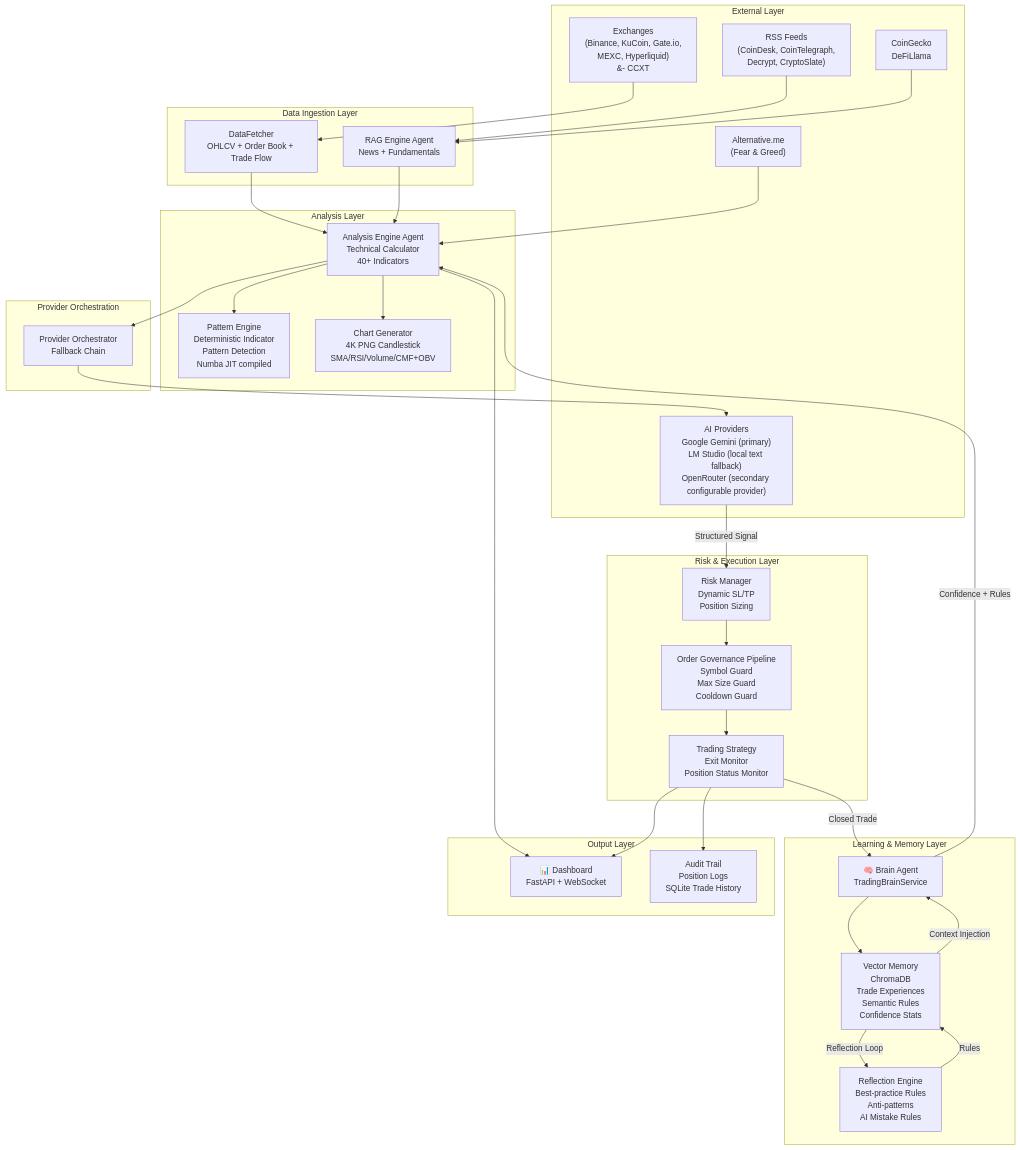
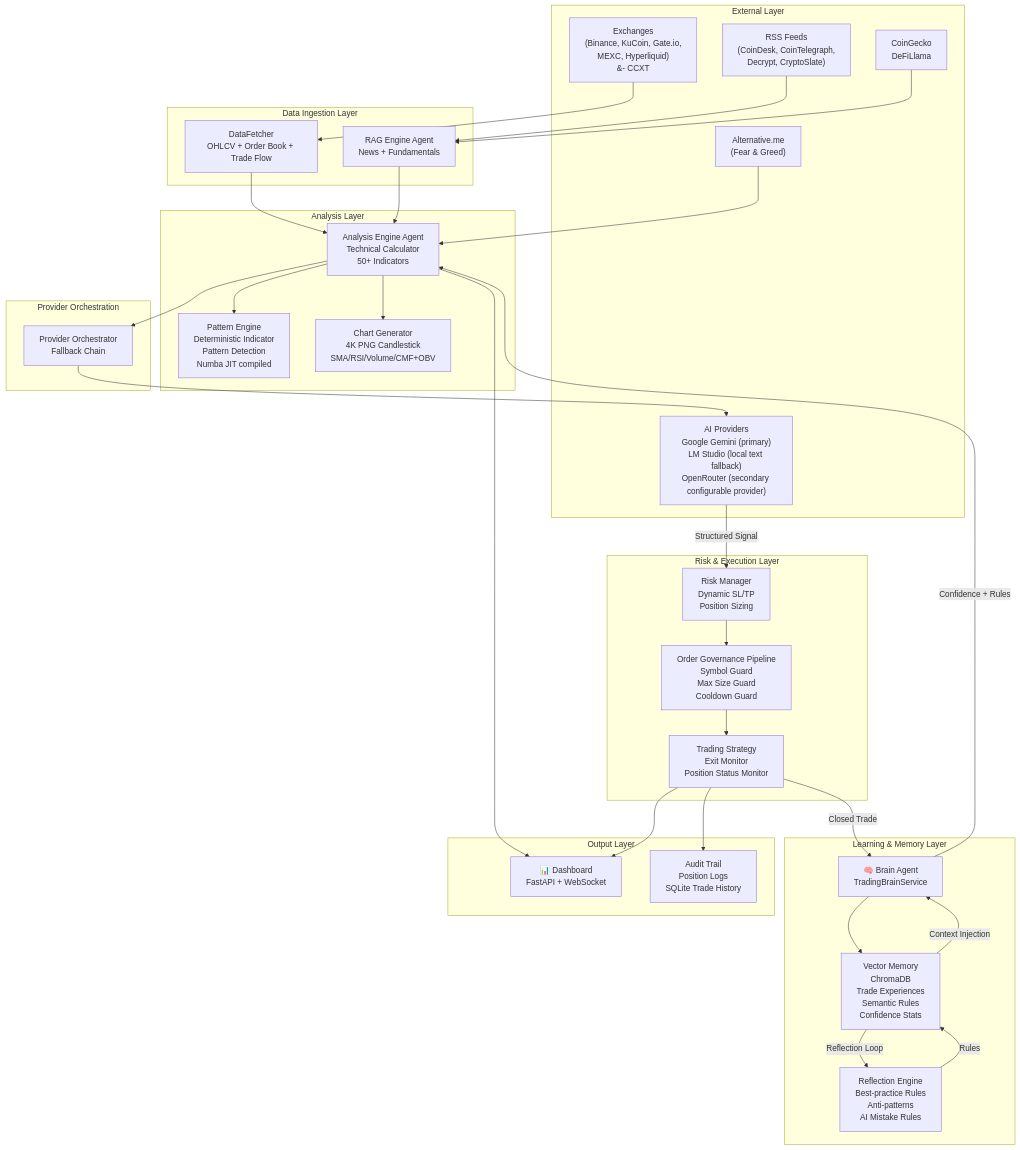
One commit to qrak/LLM_trader changed the diagram in AGENTS.md. Above: the diagram before and after it, drawn with Mermaid. The commit also changed other lines of this file and 24 other files, not shown here.

````diff
--- a/AGENTS.md
+++ b/AGENTS.md
@@ -24,70 +24,70 @@
 ```mermaid
 flowchart TB
     subgraph External["External Layer"]
         EX["Exchanges<br/>(Binance, KuCoin, Gate.io,<br/>MEXC, Hyperliquid)<br/>&#8209; CCXT"]
         CG["CoinGecko<br/>DeFiLlama"]
         ALT["Alternative.me<br/>(Fear & Greed)"]
         RSS["RSS Feeds<br/>(CoinDesk, CoinTelegraph,<br/>Decrypt, CryptoSlate)"]
         AI_PROV["AI Providers<br/>Google Gemini (primary)<br/>LM Studio (local text fallback)<br/>OpenRouter (secondary configurable provider)"]
     end
 
     subgraph DataIngestion["Data Ingestion Layer"]
         DF["DataFetcher<br/>OHLCV + Order Book + Trade Flow"]
         RAG["RAG Engine Agent<br/>News + Fundamentals"]
     end
 
     subgraph AnalysisLayer["Analysis Layer"]
-        TA["Analysis Engine Agent<br/>Technical Calculator<br/>40+ Indicators"]
+        TA["Analysis Engine Agent<br/>Technical Calculator<br/>50+ Indicators"]
         PE["Pattern Engine<br/>Deterministic Indicator<br/>Pattern Detection<br/>Numba JIT compiled"]
         CGEN["Chart Generator<br/>4K PNG Candlestick<br/>SMA/RSI/Volume/CMF+OBV"]
     end
 
     subgraph BrainLayer["Learning & Memory Layer"]
         BRAIN["🧠 Brain Agent<br/>TradingBrainService"]
         VM["Vector Memory<br/>ChromaDB<br/>Trade Experiences<br/>Semantic Rules<br/>Confidence Stats"]
         REFL["Reflection Engine<br/>Best‑practice Rules<br/>Anti‑patterns<br/>AI Mistake Rules"]
     end
 
     subgraph RiskLayer["Risk & Execution Layer"]
         RP["Risk Manager<br/>Dynamic SL/TP<br/>Position Sizing"]
         GP["Order Governance Pipeline<br/>Symbol Guard<br/>Max Size Guard<br/>Cooldown Guard"]
         STRAT["Trading Strategy<br/>Exit Monitor<br/>Position Status Monitor"]
     end
 
     subgraph Output["Output Layer"]
         DASH["📊 Dashboard<br/>FastAPI + WebSocket"]
         LOGS["Audit Trail<br/>Position Logs<br/>SQLite Trade History"]
     end
 
     subgraph Providers["Provider Orchestration"]
         PO["Provider Orchestrator<br/>Fallback Chain"]
     end
 
     %% Data Flow
     EX --> DF
     RSS --> RAG
     CG --> RAG
     ALT --> TA
     DF --> TA
     TA --> PE
     TA --> CGEN
     
     RAG --> TA
     TA --> PO
     PO --> AI_PROV
     
     AI_PROV -->|"Structured Signal"| RP
     RP --> GP
     GP --> STRAT
     
     STRAT -->|"Closed Trade"| BRAIN
     BRAIN --> VM
     VM -->|"Reflection Loop"| REFL
     REFL -->|"Rules"| VM
     VM -->|"Context Injection"| BRAIN
     BRAIN -->|"Confidence + Rules"| TA
     
     TA --> DASH
     STRAT --> DASH
     STRAT --> LOGS
 ```
````
